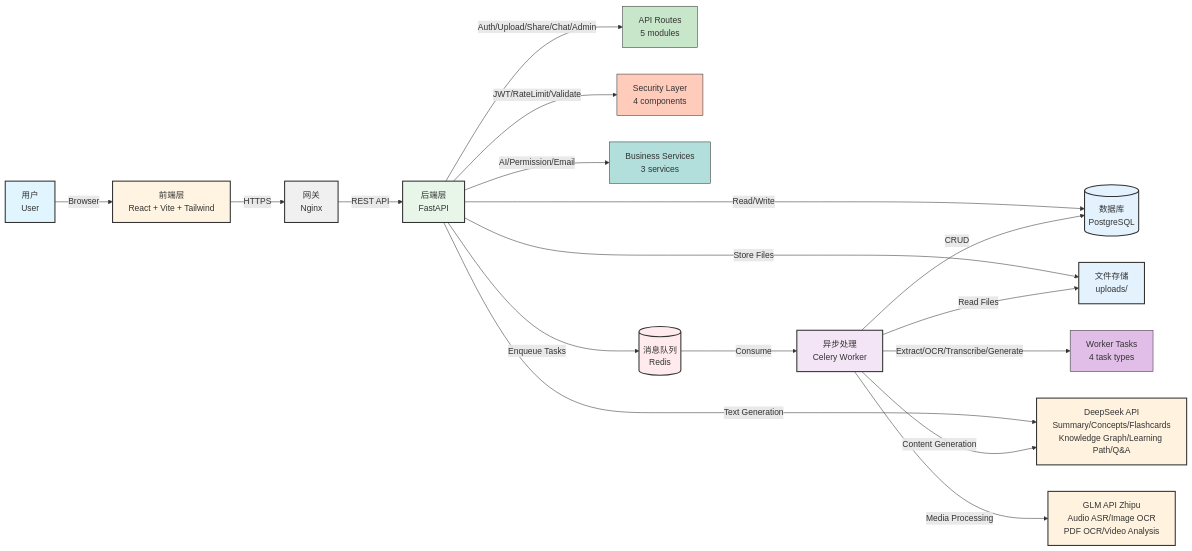
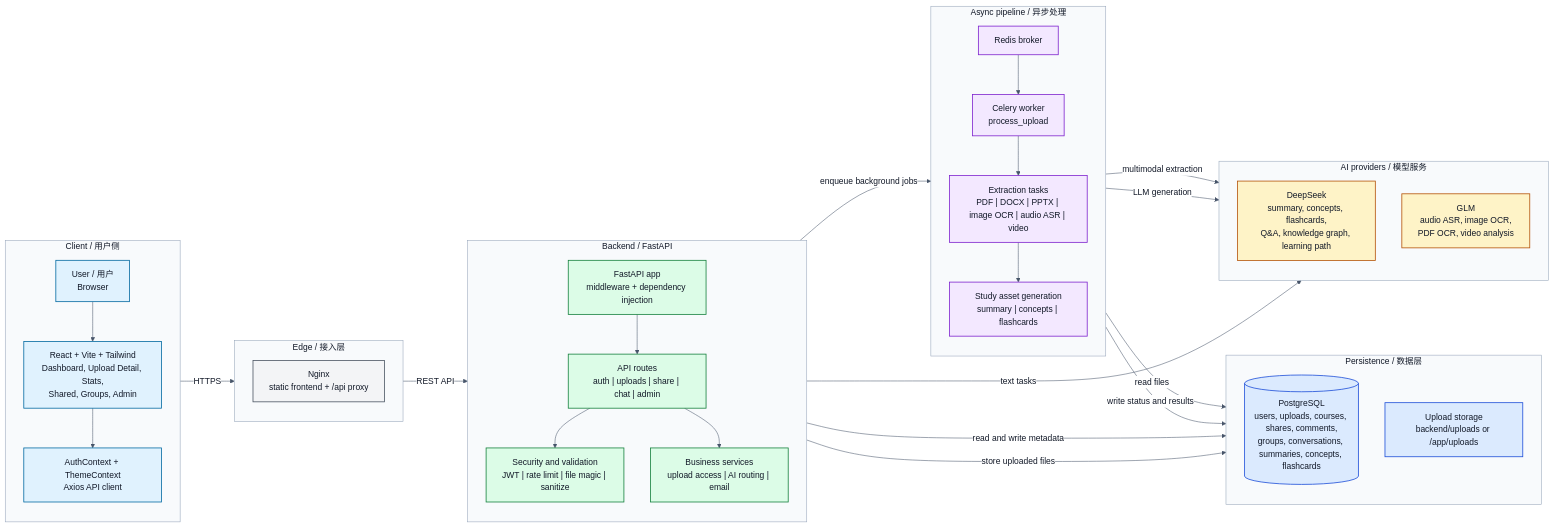
Before and after one commit to cz2112/ai-: the diagram in README.md, drawn with Mermaid.

Commit message:
Revise architecture diagram in README
Updated architecture diagram with new styling and structure.

````diff
--- a/README.md
+++ b/README.md
@@ -99,39 +99,90 @@
 ```mermaid
-graph LR
-    User[用户<br/>User] -->|Browser| Frontend[前端层<br/>React + Vite + Tailwind]
-    Frontend -->|HTTPS| Nginx[网关<br/>Nginx]
-    Nginx -->|REST API| Backend[后端层<br/>FastAPI]
-    
-    Backend -->|Auth/Upload/Share/Chat/Admin| API[API Routes<br/>5 modules]
-    Backend -->|JWT/RateLimit/Validate| Security[Security Layer<br/>4 components]
-    Backend -->|AI/Permission/Email| Services[Business Services<br/>3 services]
-    
-    Backend -->|Read/Write| DB[(数据库<br/>PostgreSQL)]
-    Backend -->|Store Files| Storage[文件存储<br/>uploads/]
-    Backend -->|Enqueue Tasks| Redis[(消息队列<br/>Redis)]
-    
-    Redis -->|Consume| Worker[异步处理<br/>Celery Worker]
-    Worker -->|Extract/OCR/Transcribe/Generate| Tasks[Worker Tasks<br/>4 task types]
-    Worker -->|CRUD| DB
-    Worker -->|Read Files| Storage
-    
-    Backend -->|Text Generation| DeepSeek[DeepSeek API<br/>Summary/Concepts/Flashcards<br/>Knowledge Graph/Learning Path/Q&A]
-    Worker -->|Content Generation| DeepSeek
-    
-    Worker -->|Media Processing| GLM[GLM API Zhipu<br/>Audio ASR/Image OCR<br/>PDF OCR/Video Analysis]
-    
-    style User fill:#e1f5ff,stroke:#333,stroke-width:2px
-    style Frontend fill:#fff4e1,stroke:#333,stroke-width:2px
-    style Nginx fill:#f0f0f0,stroke:#333,stroke-width:2px
-    style Backend fill:#e8f5e9,stroke:#333,stroke-width:2px
-    style Redis fill:#ffebee,stroke:#333,stroke-width:2px
-    style Worker fill:#f3e5f5,stroke:#333,stroke-width:2px
-    style DB fill:#e3f2fd,stroke:#333,stroke-width:2px
-    style Storage fill:#e3f2fd,stroke:#333,stroke-width:2px
-    style DeepSeek fill:#fff3e0,stroke:#333,stroke-width:2px
-    style GLM fill:#fff3e0,stroke:#333,stroke-width:2px
-    style API fill:#c8e6c9,stroke:#333,stroke-width:1px
-    style Security fill:#ffccbc,stroke:#333,stroke-width:1px
-    style Services fill:#b2dfdb,stroke:#333,stroke-width:1px
-    style Tasks fill:#e1bee7,stroke:#333,stroke-width:1px
+%%{init: {'theme': 'base', 'themeVariables': {
+  'fontSize': '16px',
+  'fontFamily': 'Segoe UI, Arial, sans-serif',
+  'textColor': '#111827',
+  'primaryTextColor': '#111827',
+  'secondaryTextColor': '#111827',
+  'tertiaryTextColor': '#111827',
+  'lineColor': '#475569',
+  'edgeLabelBackground': '#ffffff'
+}}}%%
+flowchart LR
+    subgraph Client["Client / 用户侧"]
+        direction TB
+        User["User / 用户<br/>Browser"]
+        Frontend["React + Vite + Tailwind<br/>Dashboard, Upload Detail, Stats,<br/>Shared, Groups, Admin"]
+        ClientState["AuthContext + ThemeContext<br/>Axios API client"]
+        User --> Frontend
+        Frontend --> ClientState
+    end
+
+    subgraph Edge["Edge / 接入层"]
+        direction TB
+        Nginx["Nginx<br/>static frontend + /api proxy"]
+    end
+
+    subgraph BackendLayer["Backend / FastAPI"]
+        direction TB
+        Backend["FastAPI app<br/>middleware + dependency injection"]
+        Routes["API routes<br/>auth | uploads | share | chat | admin"]
+        Security["Security and validation<br/>JWT | rate limit | file magic | sanitize"]
+        Services["Business services<br/>upload access | AI routing | email"]
+        Backend --> Routes
+        Routes --> Security
+        Routes --> Services
+    end
+
+    subgraph Async["Async pipeline / 异步处理"]
+        direction TB
+        Redis["Redis broker"]
+        Worker["Celery worker<br/>process_upload"]
+        Extract["Extraction tasks<br/>PDF | DOCX | PPTX | image OCR | audio ASR | video"]
+        Generate["Study asset generation<br/>summary | concepts | flashcards"]
+        Redis --> Worker --> Extract --> Generate
+    end
+
+    subgraph Data["Persistence / 数据层"]
+        direction TB
+        DB[("PostgreSQL<br/>users, uploads, courses, shares, comments,<br/>groups, conversations, summaries, concepts, flashcards")]
+        Storage["Upload storage<br/>backend/uploads or /app/uploads"]
+    end
+
+    subgraph AI["AI providers / 模型服务"]
+        direction TB
+        DeepSeek["DeepSeek<br/>summary, concepts, flashcards,<br/>Q&A, knowledge graph, learning path"]
+        GLM["GLM<br/>audio ASR, image OCR,<br/>PDF OCR, video analysis"]
+    end
+
+    Frontend -->|HTTPS| Nginx
+    Nginx -->|REST API| Backend
+    Backend -->|read and write metadata| DB
+    Backend -->|store uploaded files| Storage
+    Backend -->|enqueue background jobs| Redis
+    Services -->|text tasks| DeepSeek
+    Worker -->|read files| Storage
+    Worker -->|write status and results| DB
+    Extract -->|multimodal extraction| GLM
+    Generate -->|LLM generation| DeepSeek
+
+    classDef client fill:#e0f2fe,stroke:#0369a1,stroke-width:1.5px,color:#111827;
+    classDef edge fill:#f3f4f6,stroke:#4b5563,stroke-width:1.5px,color:#111827;
+    classDef backend fill:#dcfce7,stroke:#15803d,stroke-width:1.5px,color:#111827;
+    classDef async fill:#f3e8ff,stroke:#7e22ce,stroke-width:1.5px,color:#111827;
+    classDef data fill:#dbeafe,stroke:#1d4ed8,stroke-width:1.5px,color:#111827;
+    classDef ai fill:#fef3c7,stroke:#b45309,stroke-width:1.5px,color:#111827;
+
+    class User,Frontend,ClientState client;
+    class Nginx edge;
+    class Backend,Routes,Security,Services backend;
+    class Redis,Worker,Extract,Generate async;
+    class DB,Storage data;
+    class DeepSeek,GLM ai;
+
+    style Client fill:#f8fafc,stroke:#94a3b8,stroke-width:1px,color:#111827;
+    style Edge fill:#f8fafc,stroke:#94a3b8,stroke-width:1px,color:#111827;
+    style BackendLayer fill:#f8fafc,stroke:#94a3b8,stroke-width:1px,color:#111827;
+    style Async fill:#f8fafc,stroke:#94a3b8,stroke-width:1px,color:#111827;
+    style Data fill:#f8fafc,stroke:#94a3b8,stroke-width:1px,color:#111827;
+    style AI fill:#f8fafc,stroke:#94a3b8,stroke-width:1px,color:#111827;
 ```
````
